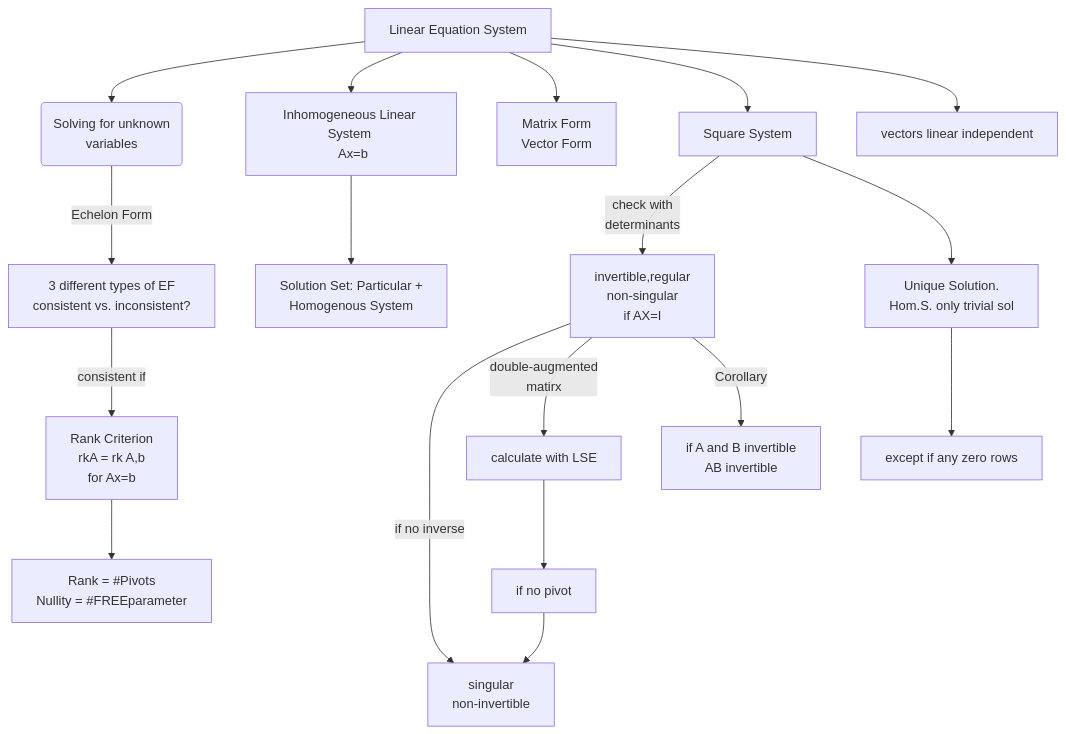
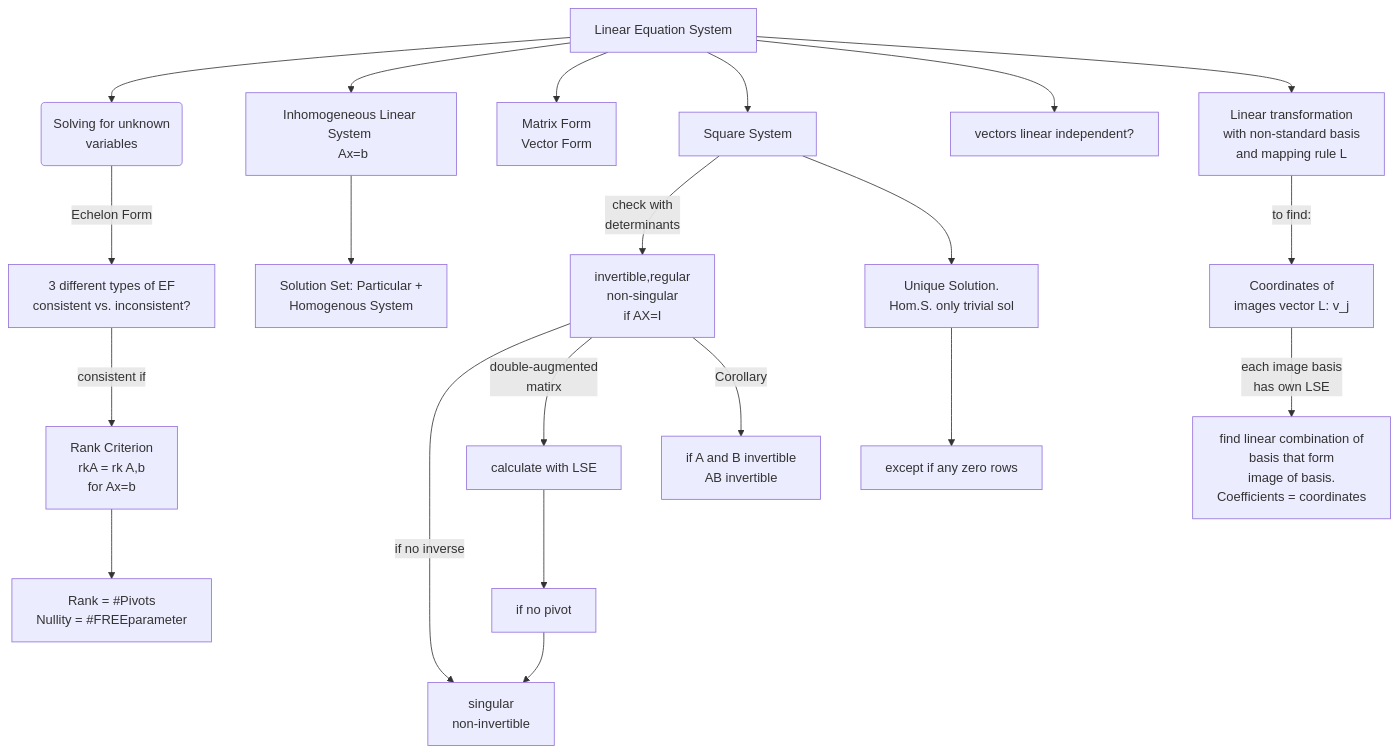
The diagram in wiki/LinAlg/linalg_start.qmd (oli9402/Portfolio), drawn with Mermaid before and after one commit. The commit also changed 14 other files, not shown here.

````diff
--- a/wiki/LinAlg/linalg_start.qmd
+++ b/wiki/LinAlg/linalg_start.qmd
@@ -11,32 +11,35 @@
 ```{mermaid}
 %%| label: fig-mermaid
 %%| fig-width: 6
 %%| fig-cap: |
 %%|   A flow chart displaying for what to use linear system equations and  
 %%|   gaussian elimination for solving the system. Only lecture relevant 
 %%|   use cases are mentioned. 
 
 flowchart TD
     A[Linear Equation System] --> B(Solving for unknown <br/>variables)
     B --> |Echelon Form| C[3 different types of EF<br/> consistent vs. inconsistent?]
     C -->|consistent if| D[Rank Criterion <br/> rkA = rk A,b <br/> for Ax=b]
     D --> K[Rank = #Pivots <br/> Nullity = #FREEparameter]
     A --> E[Inhomogeneous Linear System <br/> Ax=b]
     E --> F[Solution Set: Particular + <br/> Homogenous System]
     A --> G[Matrix Form <br/> Vector Form]
     A --> H[Square System]
     H --> |check with <br/> determinants| HA[invertible,regular <br/> non-singular <br/> if AX=I]
     HA --> |if no inverse|HB[singular <br/> non-invertible]
     HA --> |double-augmented <br/> matirx|HC[calculate with LSE]
     HA --> |Corollary|HE[if A and B invertible <br/> AB invertible]
     HC --> HD[if no pivot]
     HD --> HB
     H --> I[Unique Solution. <br/> Hom.S. only trivial sol]
     I --> J[except if any zero rows]
-    A --> L[vectors linear independent]
+    A --> L[vectors linear independent?]
+    A --> M[Linear transformation <br/> with non-standard basis <br/> and mapping rule L]
+    M --> |to find:|MA[Coordinates of <br/>images vector L: v_j]
+    MA --> |each image basis <br/>has own LSE|MAA[find linear combination of <br/> basis that form <br/> image of basis. <br/> Coefficients = coordinates]
 
 
     
 
 
 ```
````
